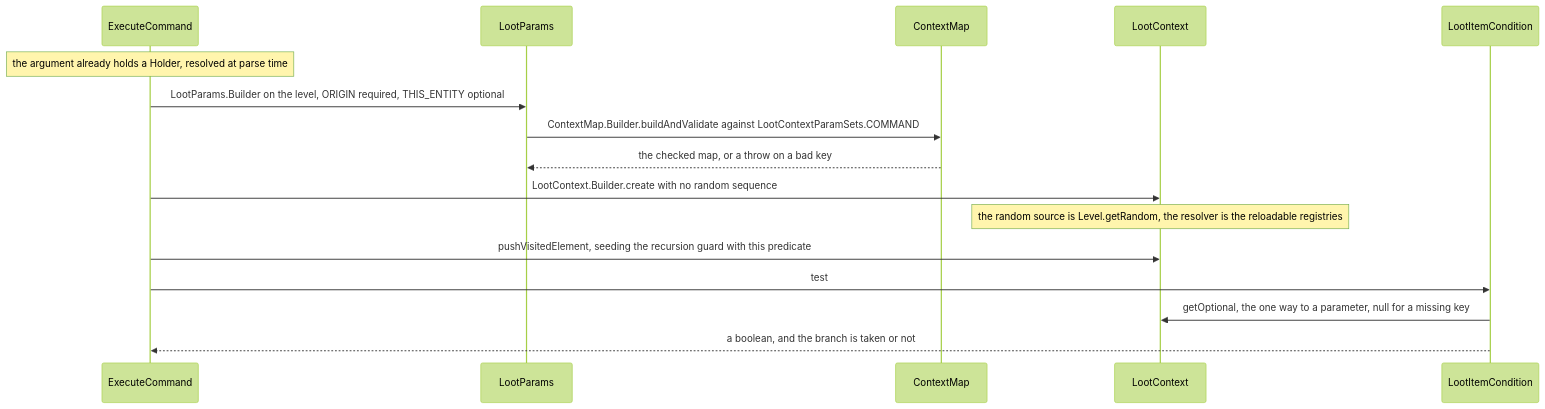
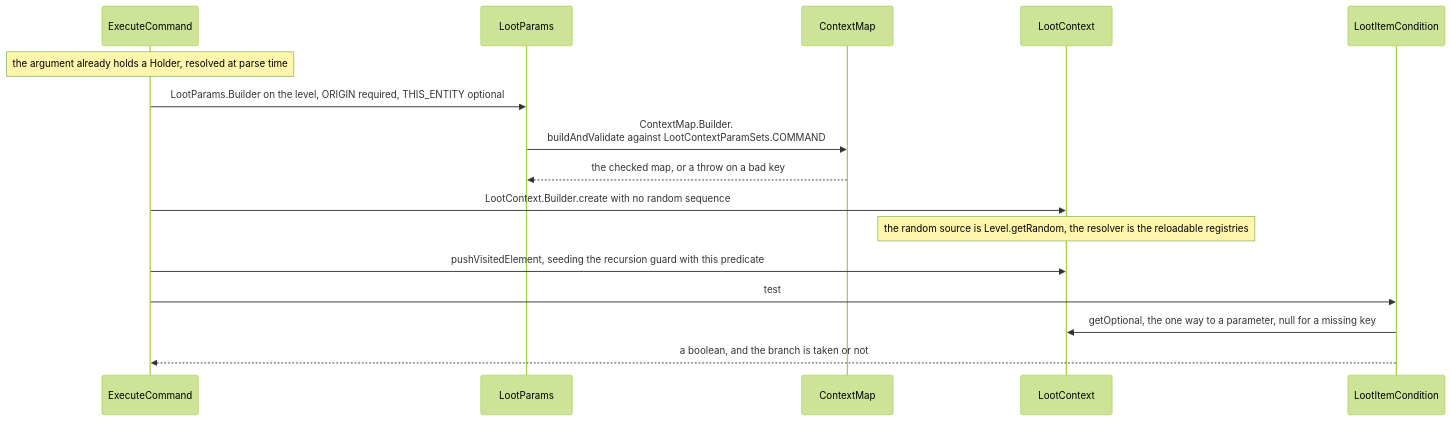
Before and after one commit to AlexanderjFraser/MinecraftDocs: the second of 2 diagrams in src/systems/items/contexts-and-predicates.md, drawn with Mermaid (forest theme). The commit also changed 86 other files, not shown here.

````diff
--- a/src/systems/items/contexts-and-predicates.md
+++ b/src/systems/items/contexts-and-predicates.md
@@ -311,19 +311,19 @@
 ```mermaid
 sequenceDiagram
     participant ExecC as ExecuteCommand
     participant LootP as LootParams
     participant CMap as ContextMap
     participant LootC as LootContext
     participant LIC as LootItemCondition
 
     Note over ExecC: the argument already holds a Holder, resolved at parse time
     ExecC->>LootP: LootParams.Builder on the level, ORIGIN required, THIS_ENTITY optional
-    LootP->>CMap: ContextMap.Builder.buildAndValidate against LootContextParamSets.COMMAND
+    LootP->>CMap: ContextMap.Builder.<br/>buildAndValidate against LootContextParamSets.COMMAND
     CMap-->>LootP: the checked map, or a throw on a bad key
     ExecC->>LootC: LootContext.Builder.create with no random sequence
     Note over LootC: the random source is Level.getRandom, the resolver is the reloadable registries
     ExecC->>LootC: pushVisitedElement, seeding the recursion guard with this predicate
     ExecC->>LIC: test
     LIC->>LootC: getOptional, the one way to a parameter, null for a missing key
     LIC-->>ExecC: a boolean, and the branch is taken or not
 ```
````
